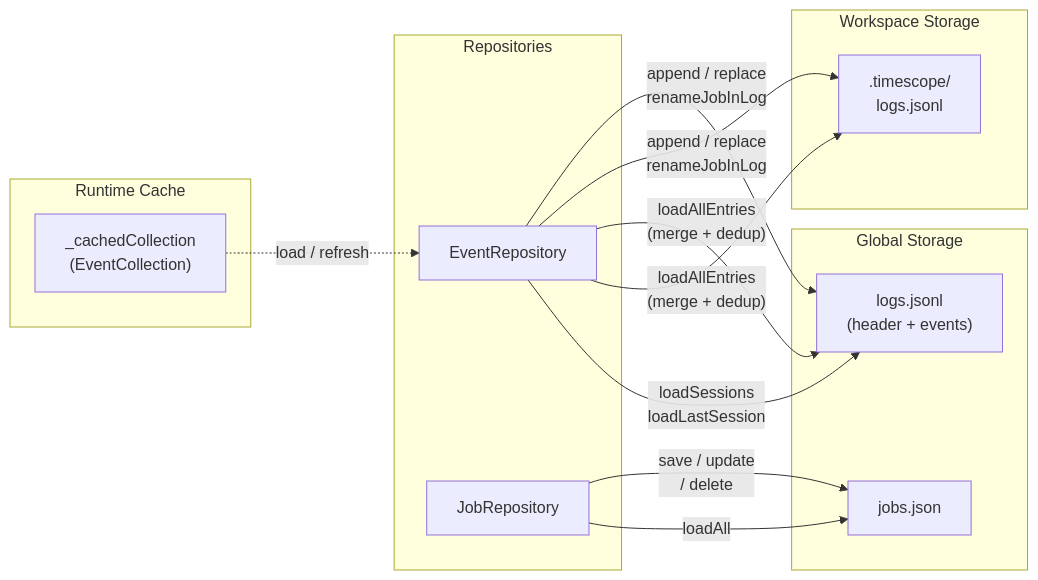
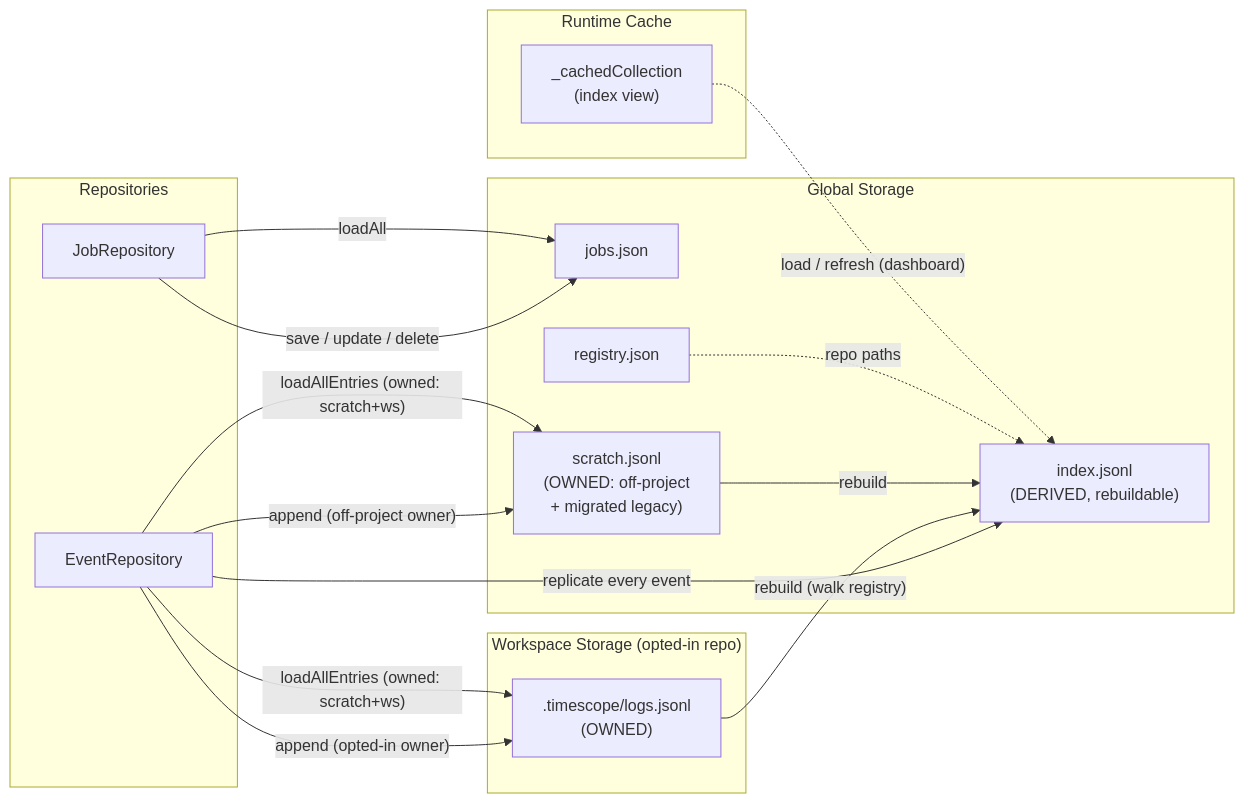
The sixth of 8 diagrams in docs/processes.md (Heliman84/timescope), drawn with Mermaid before and after one commit. The commit also changed other lines of this file and 15 other files, not shown here.

First line of the commit message:
Local-first storage 48c: cutover — one owner per event, dashboard reads index

````diff
--- a/docs/processes.md
+++ b/docs/processes.md
@@ -301,29 +306,34 @@
 ```mermaid
 flowchart LR
     subgraph Cache ["Runtime Cache"]
-        RC["_cachedCollection<br>(EventCollection)"]
+        RC["_cachedCollection<br>(index view)"]
     end
 
     subgraph Repos ["Repositories"]
         ER["EventRepository"]
         JR["JobRepository"]
     end
 
     subgraph Global ["Global Storage"]
         JF["jobs.json"]
-        LF["logs.jsonl<br>(header + events)"]
+        SC["scratch.jsonl<br>(OWNED: off-project<br>+ migrated legacy)"]
+        IX["index.jsonl<br>(DERIVED, rebuildable)"]
+        RG["registry.json"]
     end
 
-    subgraph WS ["Workspace Storage"]
-        WL[".timescope/<br>logs.jsonl"]
+    subgraph WS ["Workspace Storage (opted-in repo)"]
+        WL[".timescope/logs.jsonl<br>(OWNED)"]
     end
 
-    RC -. "load / refresh" .-> ER
-    ER -- "append / replace<br>renameJobInLog" --> LF
-    ER -- "append / replace<br>renameJobInLog" --> WL
-    ER -- "loadAllEntries<br>(merge + dedup)" --> LF & WL
-    ER -- "loadSessions<br>loadLastSession" --> LF
+    ER -- "append (opted-in owner)" --> WL
+    ER -- "append (off-project owner)" --> SC
+    ER -- "replicate every event" --> IX
+    WL -- "rebuild (walk registry)" --> IX
+    SC -- "rebuild" --> IX
+    RG -. "repo paths" .-> IX
+    RC -. "load / refresh (dashboard)" .-> IX
+    ER -- "loadAllEntries (owned: scratch+ws)" --> SC & WL
 
-    JR -- "save / update<br>/ delete" --> JF
+    JR -- "save / update / delete" --> JF
     JR -- "loadAll" --> JF
 ```
````
